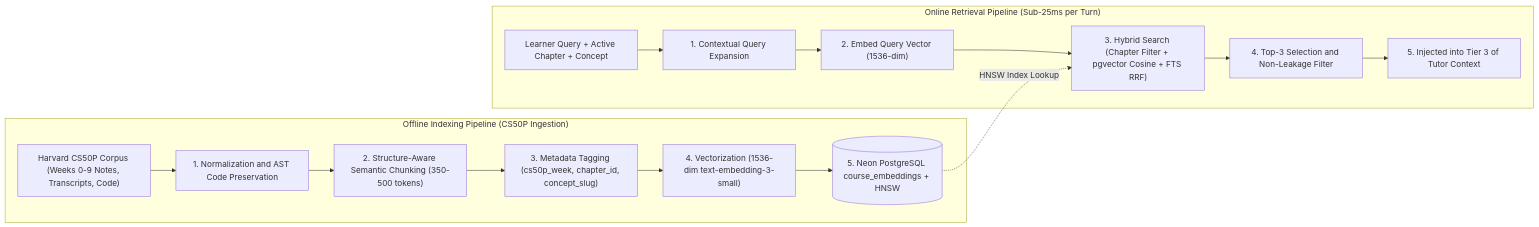
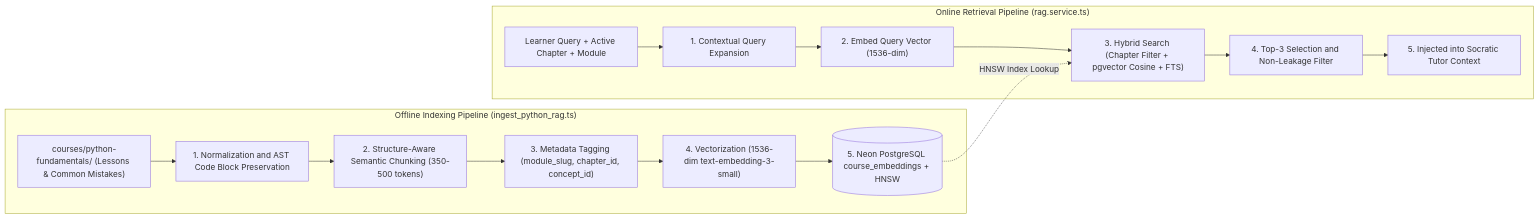
Before and after one commit to dhanushhkrishnappa/certify: the second of 3 diagrams in CERTIFY_COMPLETE_SUMMARY.md, drawn with Mermaid. The commit also changed other lines of this file and 189 other files, not shown here.

Commit message:
feat(curriculum): integrate Python Fundamentals v2.0, pgvector RAG, and live Socratic chat

````diff
--- a/CERTIFY_COMPLETE_SUMMARY.md
+++ b/CERTIFY_COMPLETE_SUMMARY.md
@@ -190,25 +193,25 @@
 ```mermaid
 flowchart LR
-    subgraph Offline ["Offline Indexing Pipeline (CS50P Ingestion)"]
-        Raw["Harvard CS50P Corpus (Weeks 0-9 Notes, Transcripts, Code)"]
-        Clean["1. Normalization and AST Code Preservation"]
+    subgraph Offline ["Offline Indexing Pipeline (ingest_python_rag.ts)"]
+        Raw["courses/python-fundamentals/ (Lessons & Common Mistakes)"]
+        Clean["1. Normalization and AST Code Block Preservation"]
         Chunk["2. Structure-Aware Semantic Chunking (350-500 tokens)"]
-        Meta["3. Metadata Tagging (cs50p_week, chapter_id, concept_slug)"]
+        Meta["3. Metadata Tagging (module_slug, chapter_id, concept_id)"]
         Embed["4. Vectorization (1536-dim text-embedding-3-small)"]
         Store[("5. Neon PostgreSQL course_embeddings + HNSW")]
 
         Raw --> Clean --> Chunk --> Meta --> Embed --> Store
     end
 
-    subgraph Runtime ["Online Retrieval Pipeline (Sub-25ms per Turn)"]
-        Query["Learner Query + Active Chapter + Concept"]
+    subgraph Runtime ["Online Retrieval Pipeline (rag.service.ts)"]
+        Query["Learner Query + Active Chapter + Module"]
         Rewrite["1. Contextual Query Expansion"]
         QVec["2. Embed Query Vector (1536-dim)"]
-        Hybrid["3. Hybrid Search (Chapter Filter + pgvector Cosine + FTS RRF)"]
+        Hybrid["3. Hybrid Search (Chapter Filter + pgvector Cosine + FTS)"]
         Rerank["4. Top-3 Selection and Non-Leakage Filter"]
-        Prompt["5. Injected into Tier 3 of Tutor Context"]
+        Prompt["5. Injected into Socratic Tutor Context"]
 
         Query --> Rewrite --> QVec --> Hybrid --> Rerank --> Prompt
         Store -.->|HNSW Index Lookup| Hybrid
     end
 ```
````
